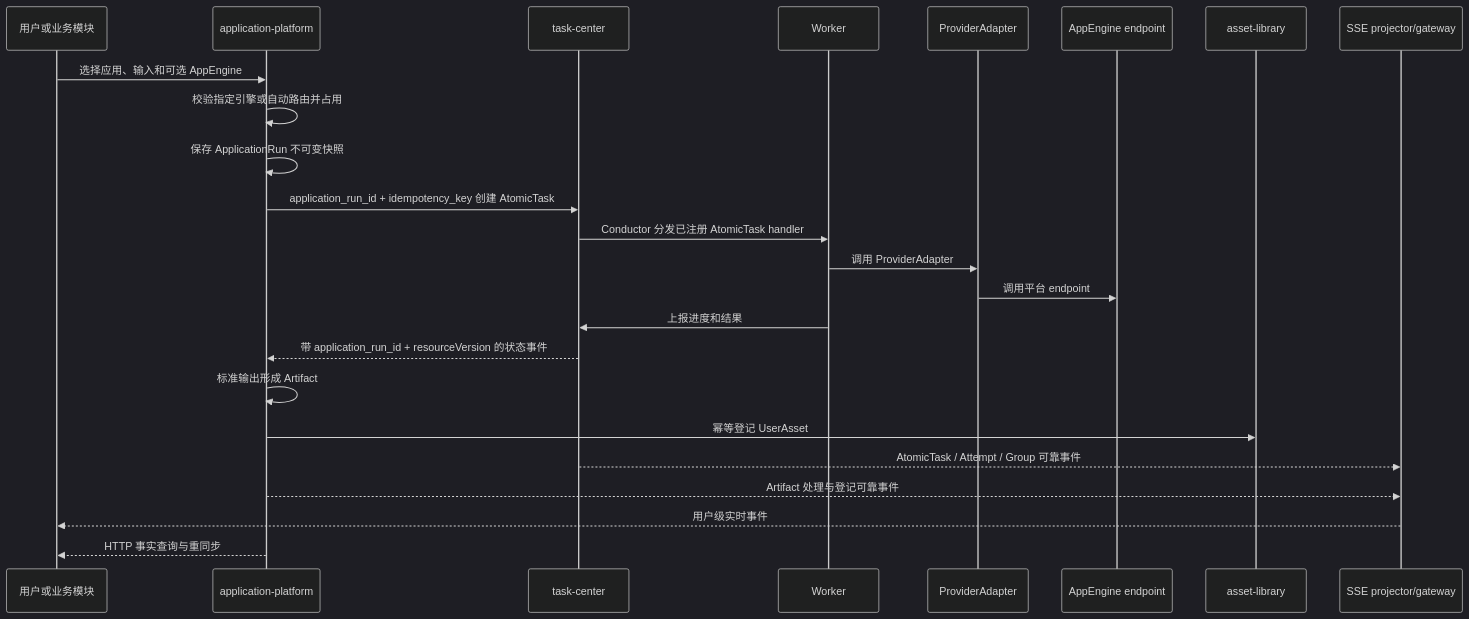
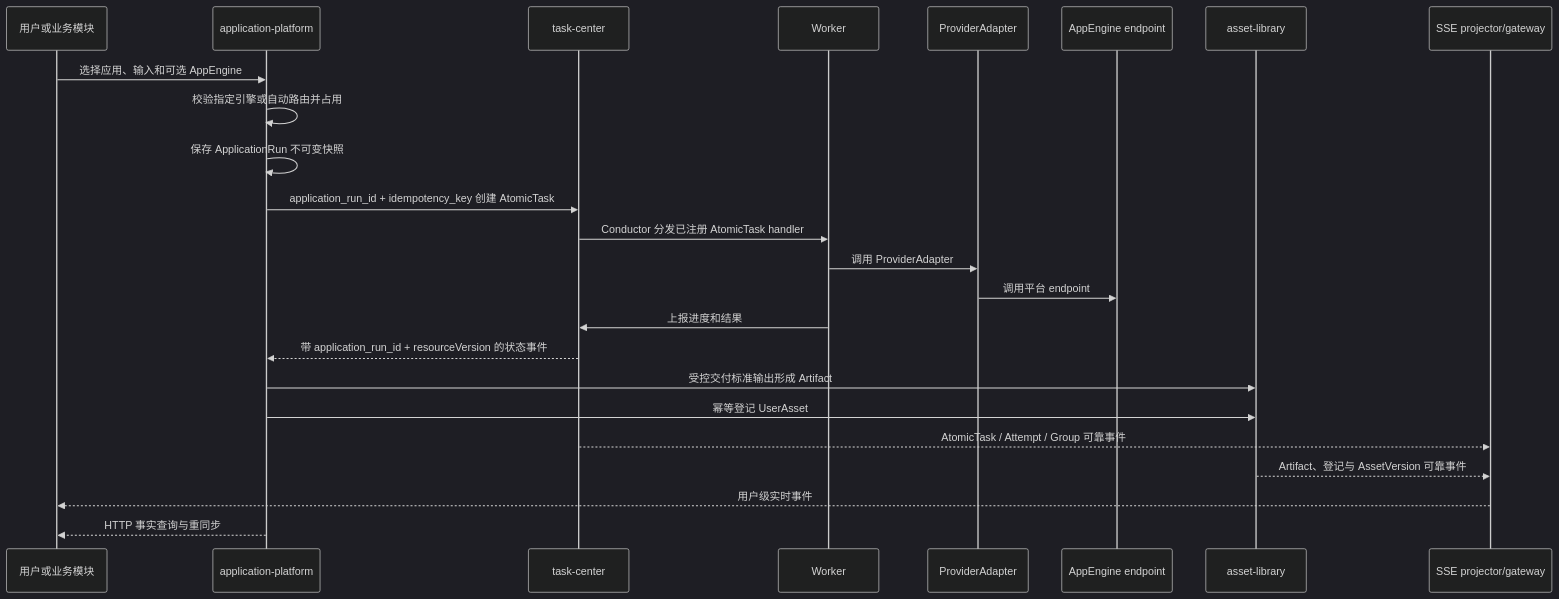
One commit to wangweihong/omnimam-spec changed the third of 3 diagrams in 02_architecture/global-architecture.md. Above: the diagram before and after it, drawn with Mermaid (dark theme). The commit also changed other lines of this file and 34 other files, not shown here.

Commit message:
spec(asset-library): migrate artifact ownership

````diff
--- a/02_architecture/global-architecture.md
+++ b/02_architecture/global-architecture.md
@@ -88,27 +88,27 @@
 ```mermaid
 sequenceDiagram
   participant User as 用户或业务模块
   participant App as application-platform
   participant Task as task-center
   participant Worker as Worker
   participant Adapter as ProviderAdapter
   participant Engine as AppEngine endpoint
   participant Asset as asset-library
   participant SSE as SSE projector/gateway
 
   User->>App: 选择应用、输入和可选 AppEngine
   App->>App: 校验指定引擎或自动路由并占用
   App->>App: 保存 ApplicationRun 不可变快照
   App->>Task: application_run_id + idempotency_key 创建 AtomicTask
   Task->>Worker: Conductor 分发已注册 AtomicTask handler
   Worker->>Adapter: 调用 ProviderAdapter
   Adapter->>Engine: 调用平台 endpoint
   Worker->>Task: 上报进度和结果
   Task-->>App: 带 application_run_id + resourceVersion 的状态事件
-  App->>App: 标准输出形成 Artifact
+  App->>Asset: 受控交付标准输出形成 Artifact
   App->>Asset: 幂等登记 UserAsset
   Task-->>SSE: AtomicTask / Attempt / Group 可靠事件
-  App-->>SSE: Artifact 处理与登记可靠事件
+  Asset-->>SSE: Artifact、登记与 AssetVersion 可靠事件
   SSE-->>User: 用户级实时事件
   App-->>User: HTTP 事实查询与重同步
 ```
````
